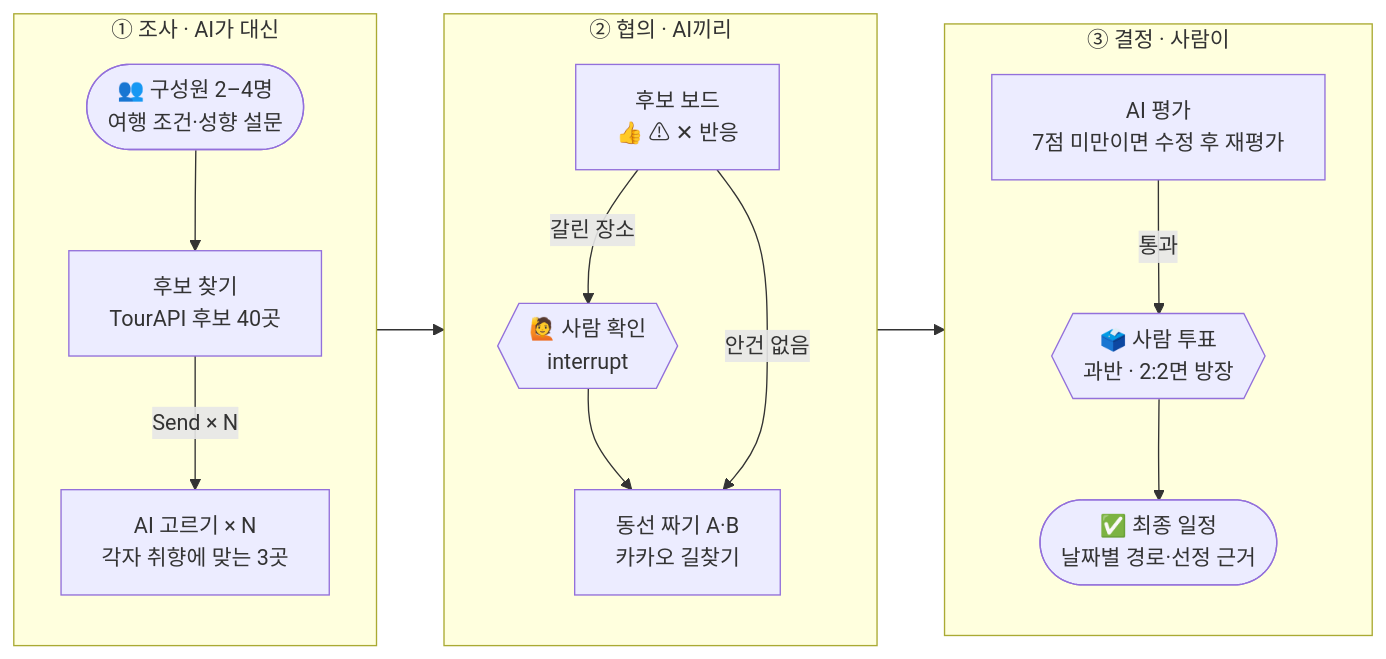
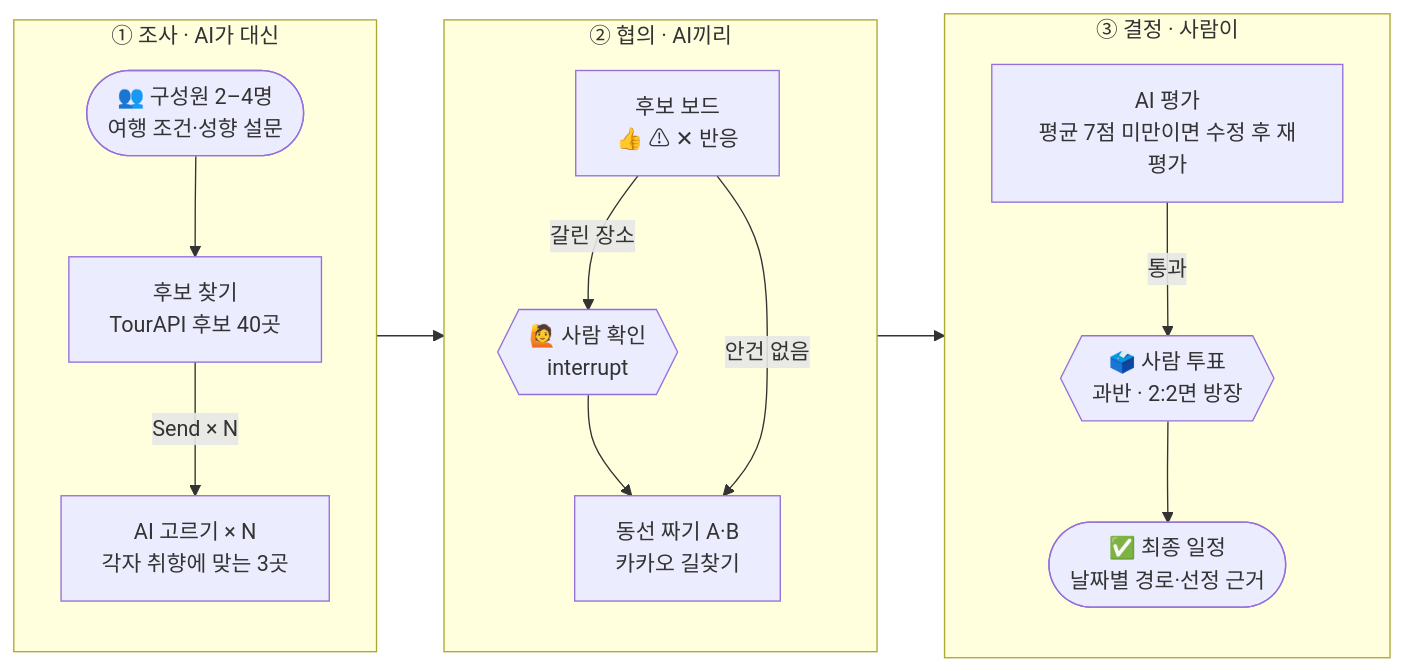
The diagram in README.md (gokimkh123/J-ourney), drawn with Mermaid before and after one commit. The commit also changed other lines of this file and 4 other files, not shown here.

````diff
--- a/README.md
+++ b/README.md
@@ -74,20 +74,20 @@
 ```mermaid
 flowchart LR
     subgraph S1["① 조사 · AI가 대신"]
         direction TB
         IN(["👥 구성원 2–4명<br/>여행 조건·성향 설문"]) --> FIND["후보 찾기<br/>TourAPI 후보 40곳"]
         FIND -->|"Send × N"| PICK["AI 고르기 × N<br/>각자 취향에 맞는 3곳"]
     end
     subgraph S2["② 협의 · AI끼리"]
         direction TB
         BOARD["후보 보드<br/>👍 ⚠ ✕ 반응"] -->|"갈린 장소"| REVIEW{{"🙋 사람 확인<br/>interrupt"}}
         REVIEW --> PLAN["동선 짜기 A·B<br/>카카오 길찾기"]
         BOARD -->|"안건 없음"| PLAN
     end
     subgraph S3["③ 결정 · 사람이"]
         direction TB
-        EVAL["AI 평가<br/>7점 미만이면 수정 후 재평가"] -->|"통과"| VOTE{{"🗳️ 사람 투표<br/>과반 · 2:2면 방장"}}
+        EVAL["AI 평가<br/>평균 7점 미만이면 수정 후 재평가"] -->|"통과"| VOTE{{"🗳️ 사람 투표<br/>과반 · 2:2면 방장"}}
         VOTE --> DONE(["✅ 최종 일정<br/>날짜별 경로·선정 근거"])
     end
     S1 --> S2 --> S3
 ```
````
